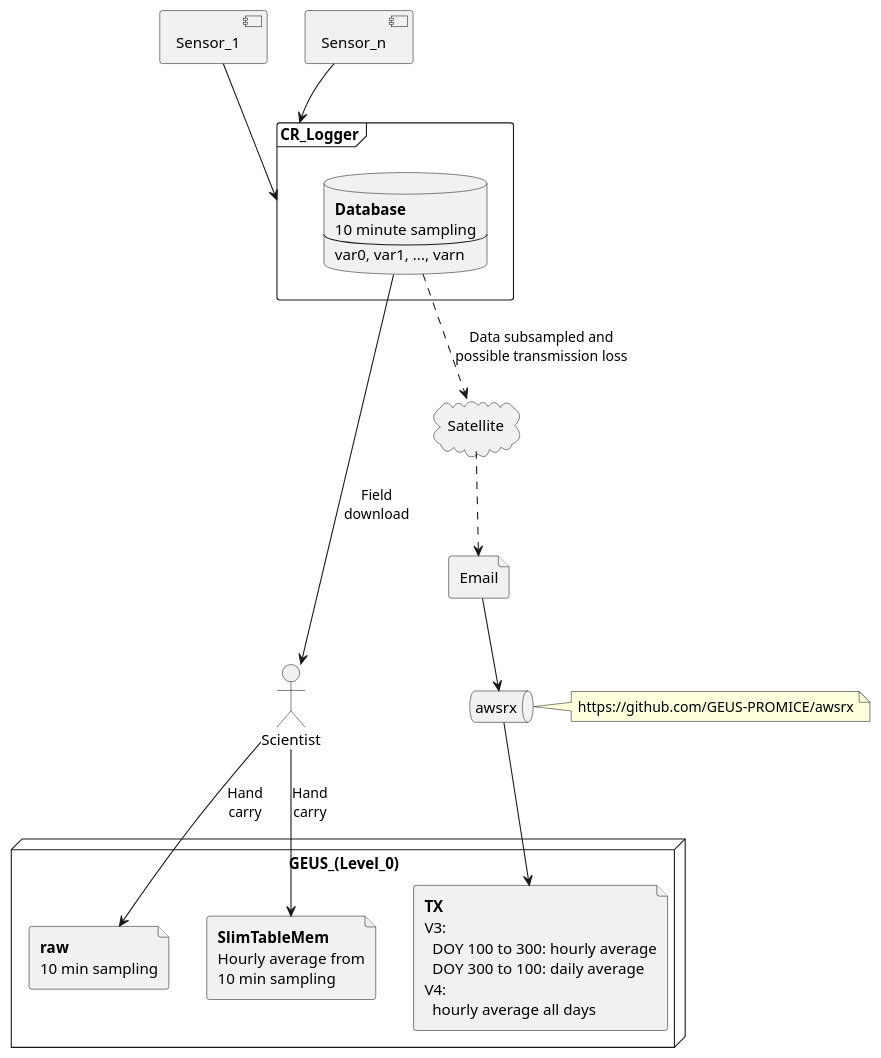
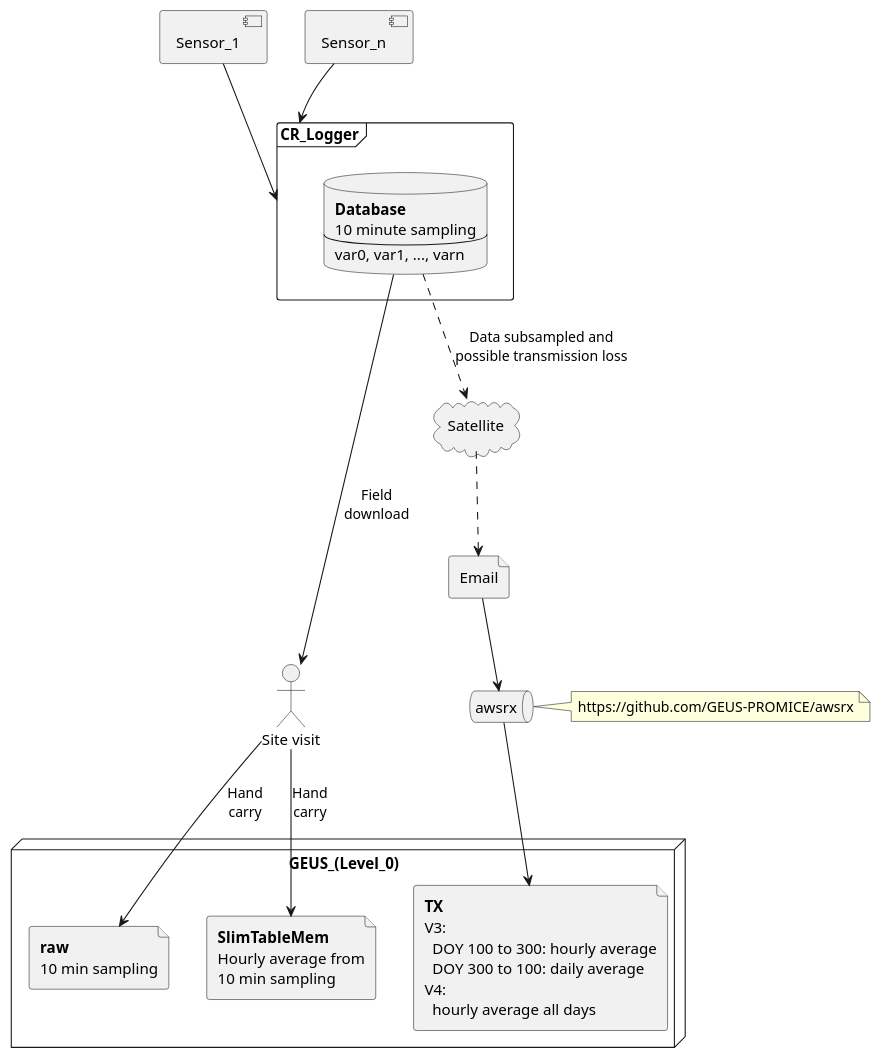
Before and after one commit to GEUS-Glaciology-and-Climate/pypromice: the diagram in README.org, drawn with PlantUML. The commit also changed other lines of this file and 15 other files, not shown here.

```diff
--- a/README.org
+++ b/README.org
@@ -188,63 +227,63 @@
 #+begin_src plantuml :file ./fig/L00_to_L0.png :exports results
 @startuml
 
 ' plantuml activity diagram (beta)
 
 component Sensor_1
 component Sensor_n
 
 frame CR_Logger {
   database DB_logger [
   <b>Database</b>
   10 minute sampling
   ----
   var0, var1, ..., varn
 ] 
 }
 
 Sensor_1 --> CR_Logger
 Sensor_n --> CR_Logger
 
 node GEUS_(Level_0) {
   file Raw [
   <b>raw</b>
   10 min sampling
   ]
 
   file SlimTableMem [
   <b>SlimTableMem</b>
   Hourly average from
   10 min sampling
   ]
 
   file TX [
   <b>TX</b>
   V3:
     DOY 100 to 300: hourly average
     DOY 300 to 100: daily average
   V4:
     hourly average all days
   ]
 }
 
 ' DB -> hand carry -> raw
-actor Scientist
-DB_logger --> Scientist : Field\ndownload
-Scientist --> Raw : Hand\ncarry
-Scientist --> SlimTableMem : Hand\ncarry
+actor :Site visit: as visitor
+DB_logger --> visitor : Field\ndownload
+visitor --> Raw : Hand\ncarry
+visitor --> SlimTableMem : Hand\ncarry
 
 ' DB -> satellite -> Transmitted
 cloud Satellite
 file Email
 queue awsrx
 note right
    https://github.com/GEUS-PROMICE/awsrx
 end note
 
 DB_logger -[dashed]-> Satellite : Data subsampled and\npossible transmission loss
 Satellite -[dashed]-> Email
 Email --> awsrx
 awsrx --> TX
 
 @enduml
 #+end_src
```
